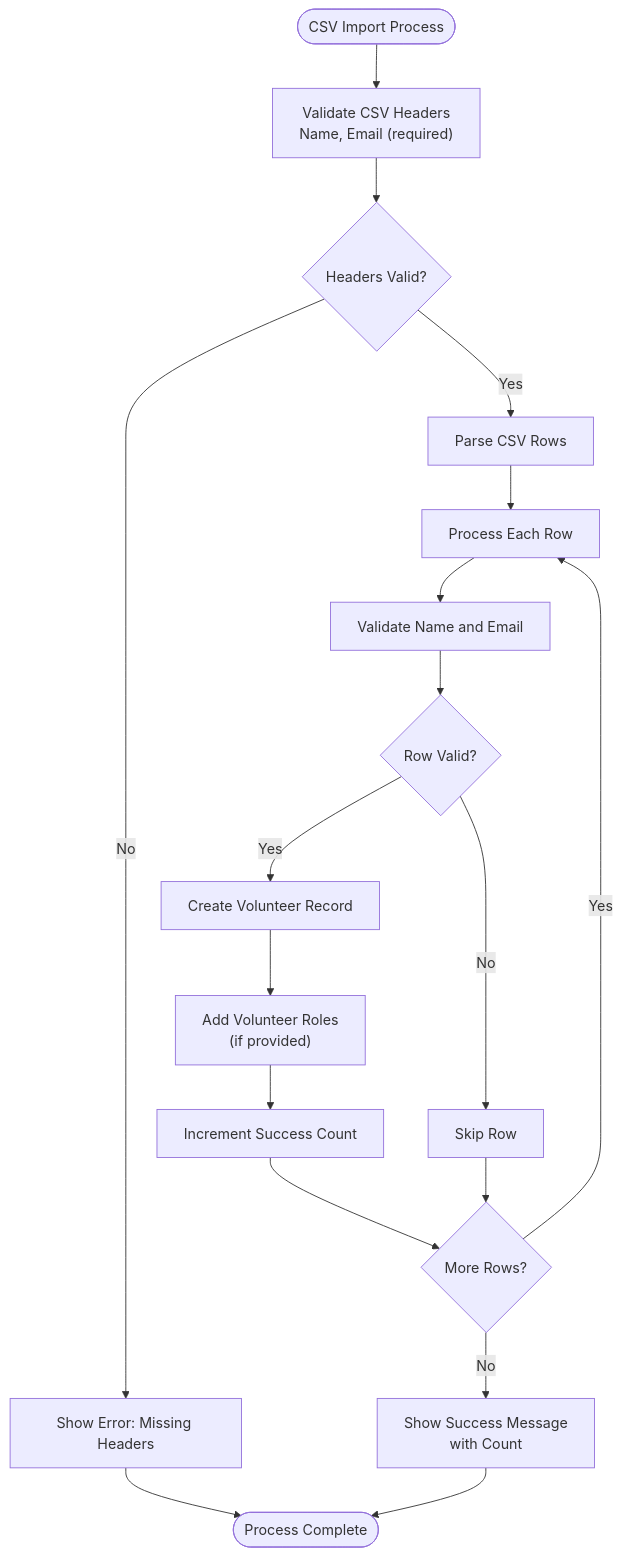
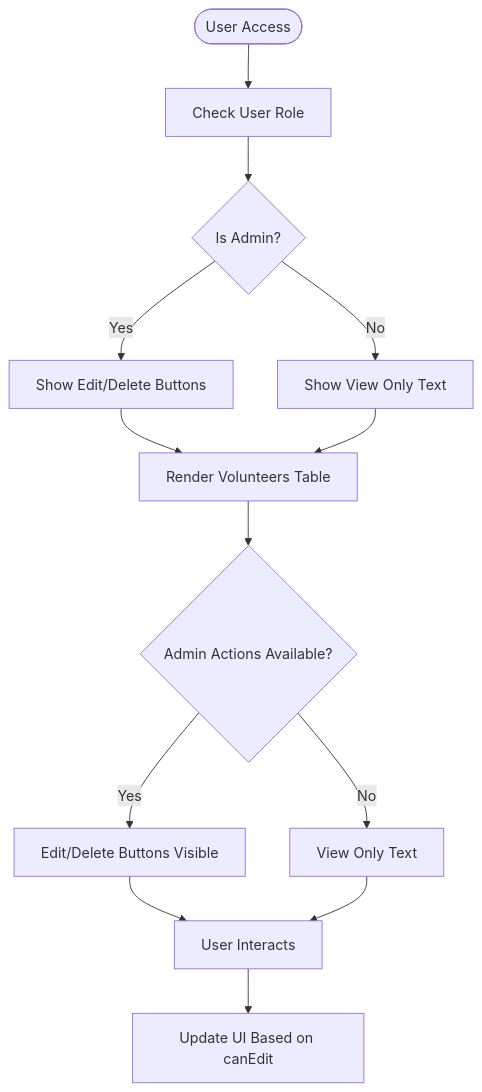
Before and after one commit to netdaniel/serveflow: the third of 7 diagrams in .qoder/repowiki/en/content/Volunteer Management System/Volunteer Management System.md, drawn with Mermaid. The commit also changed other lines of this file and 15 other files, not shown here.

````diff
--- a/.qoder/repowiki/en/content/Volunteer Management System/Volunteer Management System.md
+++ b/.qoder/repowiki/en/content/Volunteer Management System/Volunteer Management System.md
@@ -210,20 +237,15 @@
 ```mermaid
 flowchart TD
-Start(["CSV Import Process"]) --> ValidateHeaders["Validate CSV Headers<br/>Name, Email (required)"]
-ValidateHeaders --> ValidHeaders{"Headers Valid?"}
-ValidHeaders --> |No| ShowError["Show Error: Missing Headers"]
-ValidHeaders --> |Yes| ParseRows["Parse CSV Rows"]
-ParseRows --> ProcessRow["Process Each Row"]
-ProcessRow --> ValidateFields["Validate Name and Email"]
-ValidateFields --> ValidRow{"Row Valid?"}
-ValidRow --> |No| SkipRow["Skip Row"]
-ValidRow --> |Yes| CreateVolunteer["Create Volunteer Record"]
-CreateVolunteer --> AddRoles["Add Volunteer Roles<br/>(if provided)"]
-AddRoles --> IncrementCount["Increment Success Count"]
-IncrementCount --> MoreRows{"More Rows?"}
-MoreRows --> |Yes| ProcessRow
-MoreRows --> |No| ShowSuccess["Show Success Message<br/>with Count"]
-SkipRow --> MoreRows
-ShowError --> End(["Process Complete"])
-ShowSuccess --> End
+Start(["User Access"]) --> CheckRole["Check User Role"]
+CheckRole --> IsAdmin{"Is Admin?"}
+IsAdmin --> |Yes| ShowAdminFeatures["Show Edit/Delete Buttons"]
+IsAdmin --> |No| ShowViewOnly["Show View Only Text"]
+ShowAdminFeatures --> RenderVolunteers["Render Volunteers Table"]
+ShowViewOnly --> RenderVolunteers
+RenderVolunteers --> AdminActions{"Admin Actions Available?"}
+AdminActions --> |Yes| EditDelete["Edit/Delete Buttons Visible"]
+AdminActions --> |No| ViewOnly["View Only Text"]
+EditDelete --> UserInteraction["User Interacts"]
+ViewOnly --> UserInteraction
+UserInteraction --> UpdateUI["Update UI Based on canEdit"]
 ```
````
